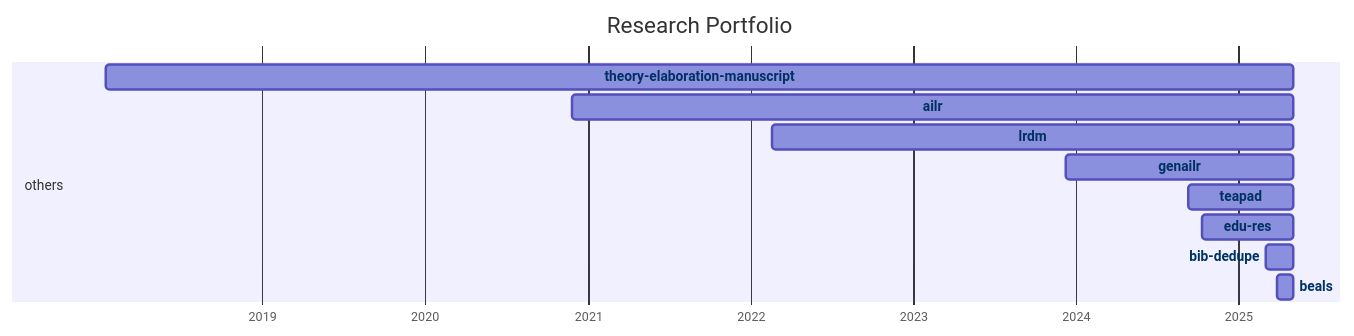
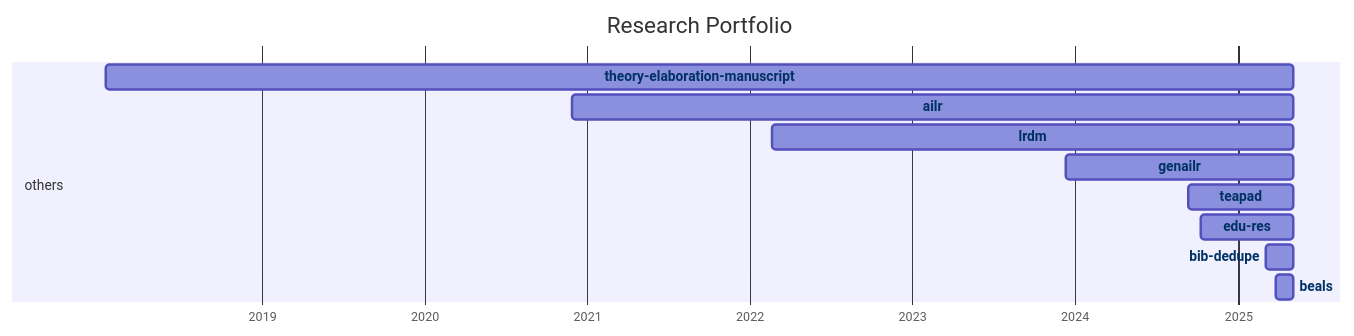
The diagram in docs/20-research/25-projects-gantt.md (digital-work-lab/handbook), drawn with Mermaid before and after one commit.

Commit message:
Update repository overview

````diff
--- a/docs/20-research/25-projects-gantt.md
+++ b/docs/20-research/25-projects-gantt.md
@@ -8,35 +8,35 @@
 ```mermaid
 ---
 displayMode: compact
 ---
 gantt
 title Research Portfolio
 dateFormat YYYY-MM-DD
 axisFormat %Y
 
     section work_practices
 
     section distributed_organizing
 
     section knowledge_synthesis
 
     section others
-        beals :beals, 2025-03-28, 2025-05-04
-        bib-dedupe :bib-dedupe, 2025-03-04, 2025-05-04
-        edu-res :edu-res, 2024-10-10, 2025-05-04
-        teapad :teapad, 2024-09-10, 2025-05-04
-        genailr :genailr, 2023-12-10, 2025-05-04
-        lrdm :lrdm, 2022-02-20, 2025-05-04
-        ailr :ailr, 2020-11-26, 2025-05-04
-        theory-elaboration-manuscript :theory-elaboration-manuscript, 2018-01-15, 2025-05-04
+        beals :beals, 2025-03-28, 2025-05-05
+        bib-dedupe :bib-dedupe, 2025-03-04, 2025-05-05
+        edu-res :edu-res, 2024-10-10, 2025-05-05
+        teapad :teapad, 2024-09-10, 2025-05-05
+        genailr :genailr, 2023-12-10, 2025-05-05
+        lrdm :lrdm, 2022-02-20, 2025-05-05
+        ailr :ailr, 2020-11-26, 2025-05-05
+        theory-elaboration-manuscript :theory-elaboration-manuscript, 2018-01-15, 2025-05-05
 
 
     click beals href "{{ site.baseurl }}/docs/20-research/25-projects/_repos/beals"
     click bib-dedupe href "{{ site.baseurl }}/docs/20-research/25-projects/_repos/bib-dedupe"
     click edu-res href "{{ site.baseurl }}/docs/20-research/25-projects/_repos/edu-res"
     click teapad href "{{ site.baseurl }}/docs/20-research/25-projects/_repos/teapad"
     click genailr href "{{ site.baseurl }}/docs/20-research/25-projects/_repos/genailr"
     click lrdm href "{{ site.baseurl }}/docs/20-research/25-projects/_repos/lrdm"
     click ailr href "{{ site.baseurl }}/docs/20-research/25-projects/_repos/ailr"
     click theory-elaboration-manuscript href "{{ site.baseurl }}/docs/20-research/25-projects/_repos/theory-elaboration-manuscript"
 ```
````
